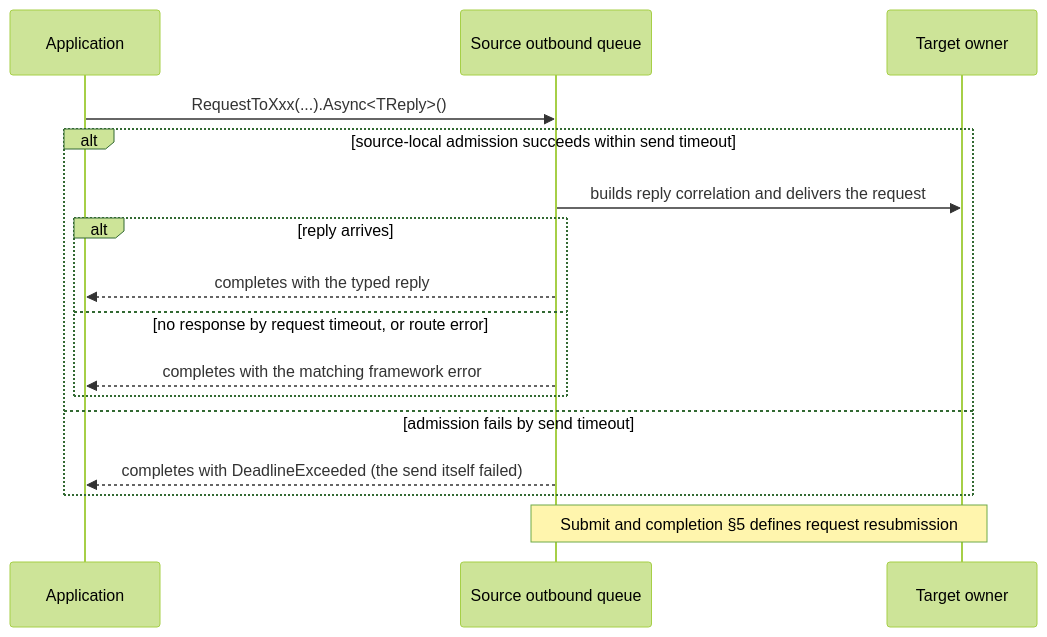
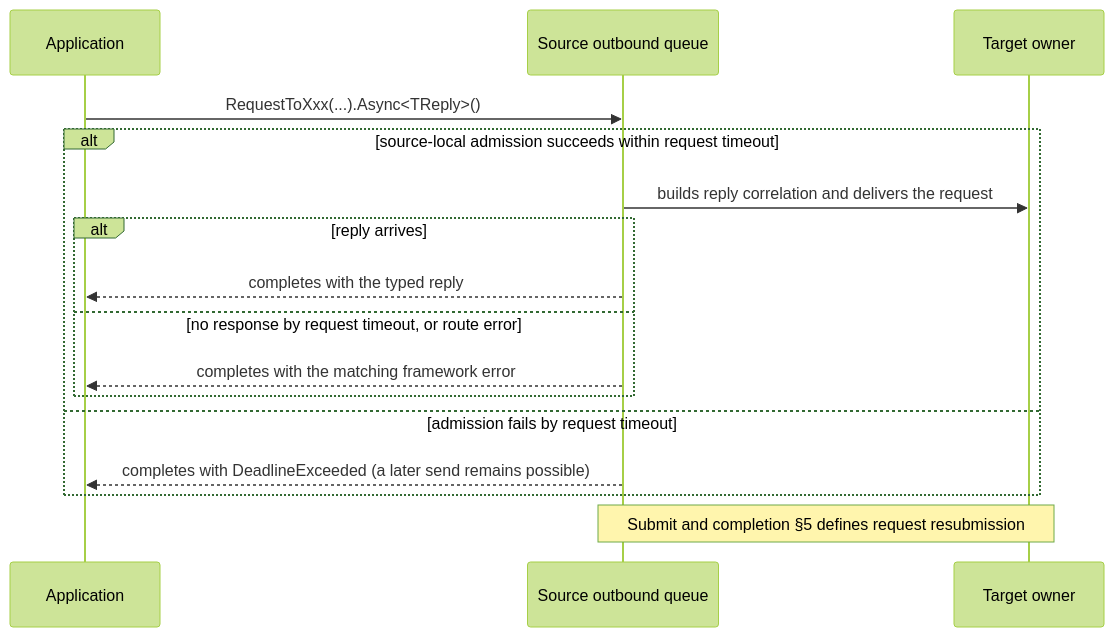
The third of 4 diagrams in framework/doc/framework/common/spec/server/00-foundation/04-interaction-model.en.md (zlink-systems/zlink), drawn with Mermaid (forest theme) before and after one commit. The commit also changed other lines of this file and 64 other files, not shown here.

````diff
--- a/framework/doc/framework/common/spec/server/00-foundation/04-interaction-model.en.md
+++ b/framework/doc/framework/common/spec/server/00-foundation/04-interaction-model.en.md
@@ -195,19 +195,19 @@
 ```mermaid
 sequenceDiagram
     participant App as Application
     participant Src as Source outbound queue
     participant Tgt as Target owner
 
     App->>Src: RequestToXxx(...).Async<TReply>()
-    alt source-local admission succeeds within send timeout
+    alt source-local admission succeeds within request timeout
         Src->>Tgt: builds reply correlation and delivers the request
         alt reply arrives
             Src-->>App: completes with the typed reply
         else no response by request timeout, or route error
             Src-->>App: completes with the matching framework error
         end
-    else admission fails by send timeout
-        Src-->>App: completes with DeadlineExceeded (the send itself failed)
+    else admission fails by request timeout
+        Src-->>App: completes with DeadlineExceeded (a later send remains possible)
     end
     Note over Src,Tgt: Submit and completion §5 defines request resubmission
 ```
````
